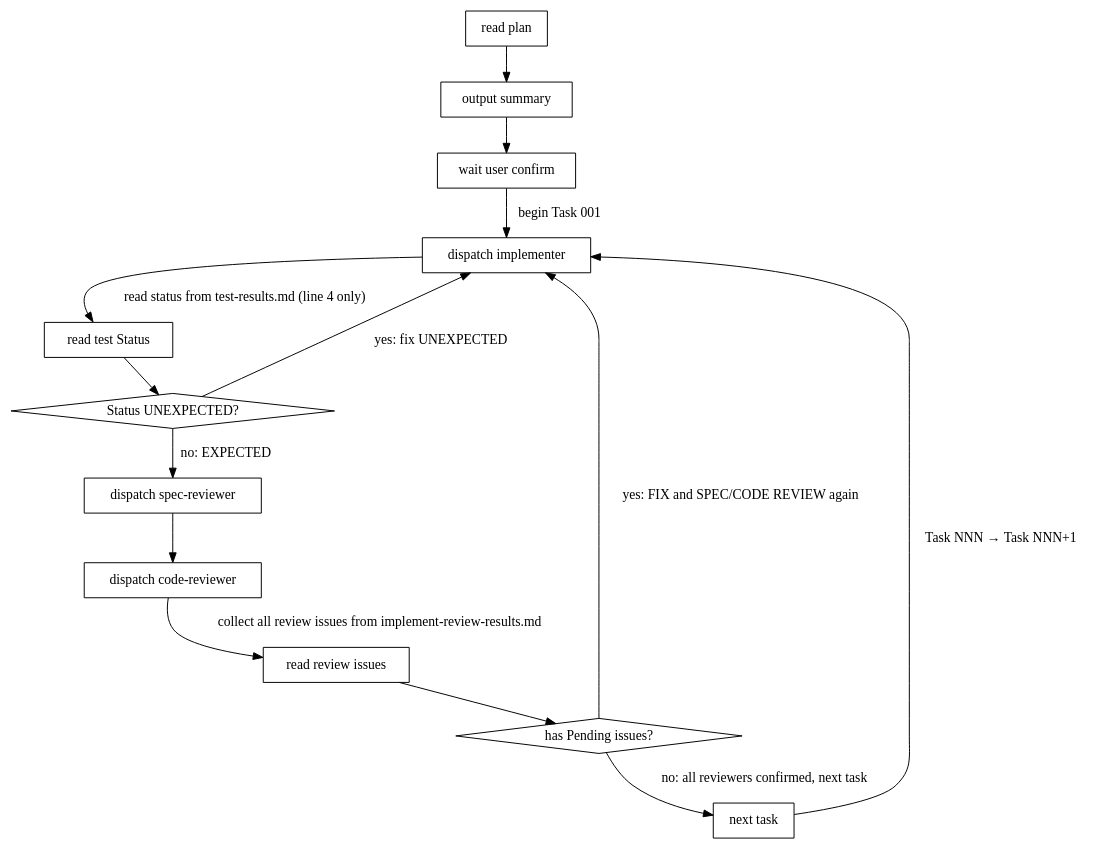
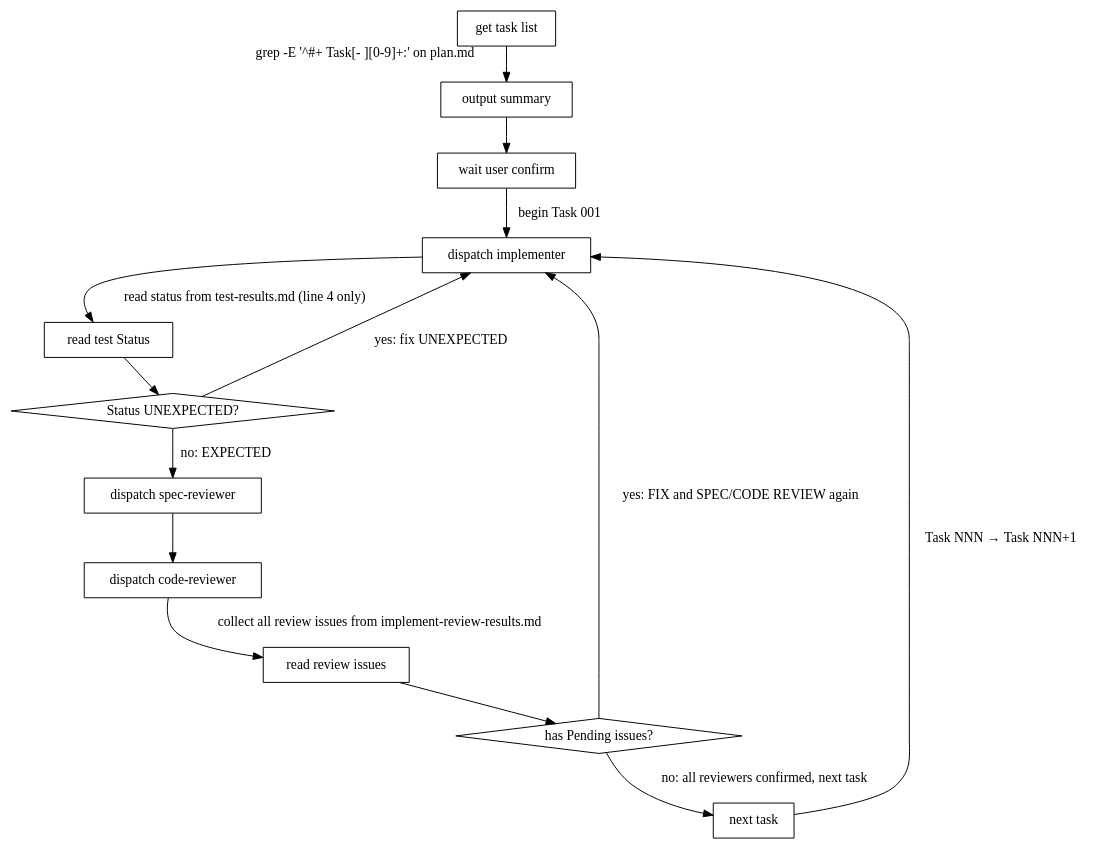
The diagram in skills/executing/SKILL.md (abadcafe/superteam), drawn with Graphviz before and after one commit. The commit also changed other lines of this file and 5 other files, not shown here.

````diff
--- a/skills/executing/SKILL.md
+++ b/skills/executing/SKILL.md
@@ -97,29 +97,29 @@
 ```dot
 digraph executing_flow {
-  "read plan" [shape=box]
+  "get task list" [shape=box]
   "output summary" [shape=box]
   "wait user confirm" [shape=box]
   "dispatch implementer" [shape=box]
   "read test Status" [shape=box]
   "Status UNEXPECTED?" [shape=diamond]
   "dispatch spec-reviewer" [shape=box]
   "dispatch code-reviewer" [shape=box]
   "read review issues" [shape=box]
   "has Pending issues?" [shape=diamond]
   "next task" [shape=box]
 
-  "read plan" -> "output summary"
+  "get task list" -> "output summary" [taillabel="grep -E '^#+ Task[- ][0-9]+:' on plan.md"]
   "output summary" -> "wait user confirm"
   "wait user confirm" -> "dispatch implementer" [label="begin Task 001"]
   "dispatch implementer" -> "read test Status" [label="read status from test-results.md (line 4 only)"]
   "read test Status" -> "Status UNEXPECTED?"
   "Status UNEXPECTED?" -> "dispatch implementer" [label="yes: fix UNEXPECTED"]
   "Status UNEXPECTED?" -> "dispatch spec-reviewer" [label="no: EXPECTED"]
   "dispatch spec-reviewer" -> "dispatch code-reviewer"
   "dispatch code-reviewer" -> "read review issues" [label="collect all review issues from implement-review-results.md"]
   "read review issues" -> "has Pending issues?"
   "has Pending issues?" -> "dispatch implementer" [label="yes: FIX and SPEC/CODE REVIEW again"]
   "has Pending issues?" -> "next task" [label="no: all reviewers confirmed, next task"]
   "next task" -> "dispatch implementer" [label="Task NNN → Task NNN+1"]
 }
 ```
````
